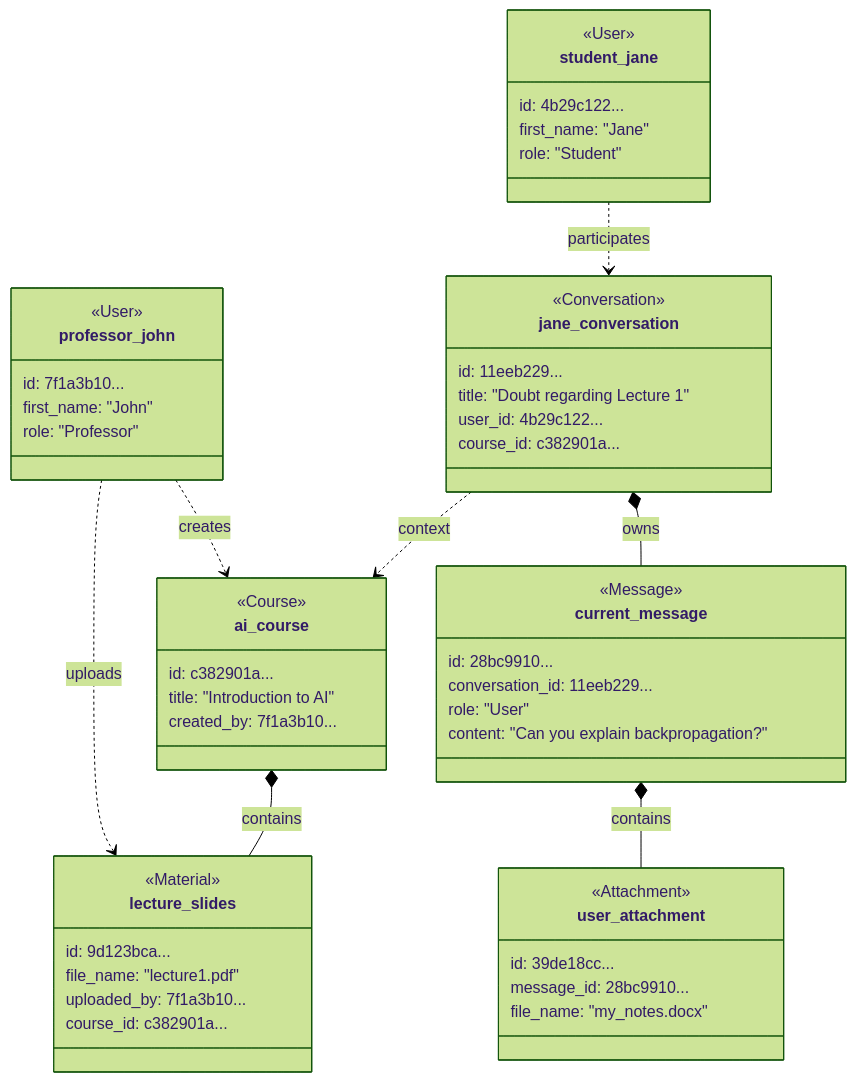
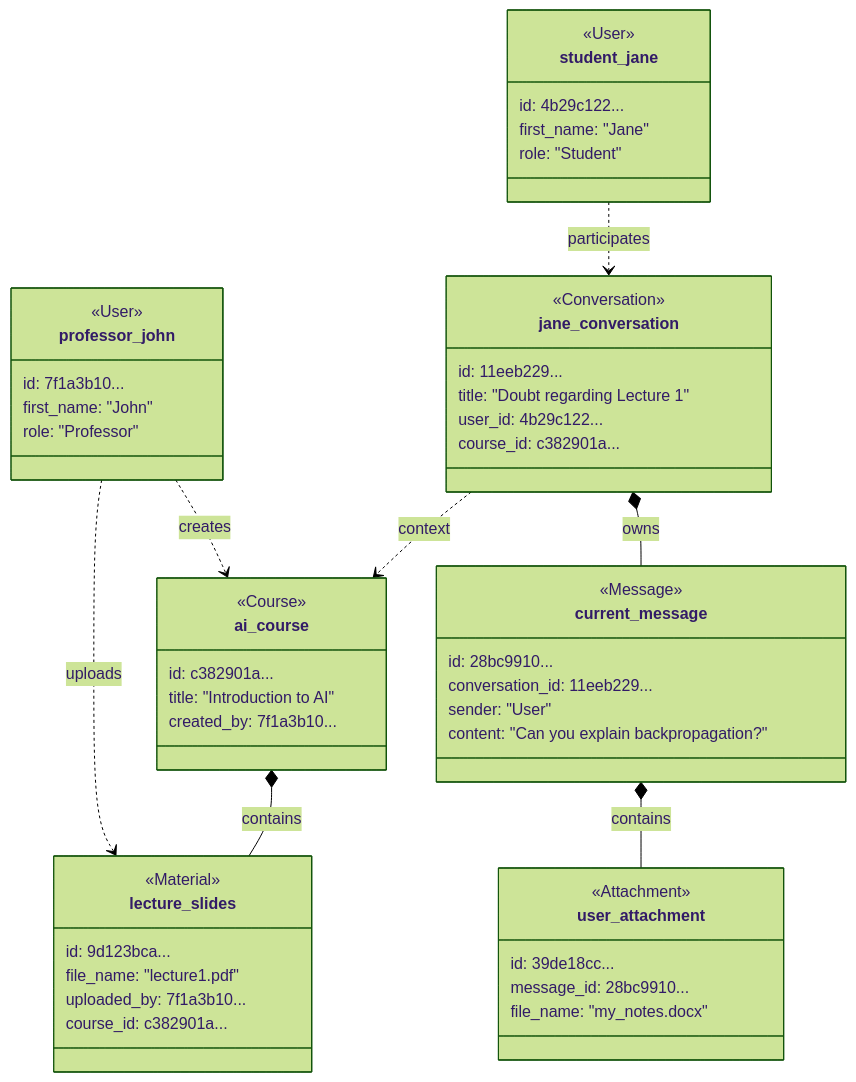
One commit to ULBS-cauci/backend changed the third of 3 diagrams in DATABASE_SCHEMA.md. Above: the diagram before and after it, drawn with Mermaid (forest theme). The commit also changed other lines of this file and 1 other file, not shown here.

Commit message:
Update database schema and models: rename 'created_by' to 'held_by' and 'role' to 'sender'

````diff
--- a/DATABASE_SCHEMA.md
+++ b/DATABASE_SCHEMA.md
@@ -225,66 +219,66 @@
 ```mermaid
 classDiagram
     %% Object Instances
     class professor_john {
         <<User>>
         id: 7f1a3b10...
         first_name: "John"
         role: "Professor"
     }
 
     class student_jane {
         <<User>>
         id: 4b29c122...
         first_name: "Jane"
         role: "Student"
     }
 
     class ai_course {
         <<Course>>
         id: c382901a...
         title: "Introduction to AI"
         created_by: 7f1a3b10...
     }
-
+hel
     class lecture_slides {
         <<Material>>
         id: 9d123bca...
         file_name: "lecture1.pdf"
         uploaded_by: 7f1a3b10...
         course_id: c382901a...
     }
 
     class jane_conversation {
         <<Conversation>>
         id: 11eeb229...
         title: "Doubt regarding Lecture 1"
         user_id: 4b29c122...
         course_id: c382901a...
     }
     
     class current_message {
         <<Message>>
         id: 28bc9910...
         conversation_id: 11eeb229...
-        role: "User"
+        sender: "User"
         content: "Can you explain backpropagation?"
     }
 
     class user_attachment {
         <<Attachment>>
         id: 39de18cc...
         message_id: 28bc9910...
         file_name: "my_notes.docx"
     }
 
     %% Object Links
     professor_john ..> ai_course : creates
     professor_john ..> lecture_slides : uploads
     ai_course *-- lecture_slides : contains
     
     student_jane ..> jane_conversation : participates
     jane_conversation ..> ai_course : context
     
     jane_conversation *-- current_message : owns
     current_message *-- user_attachment : contains
 ```
````
